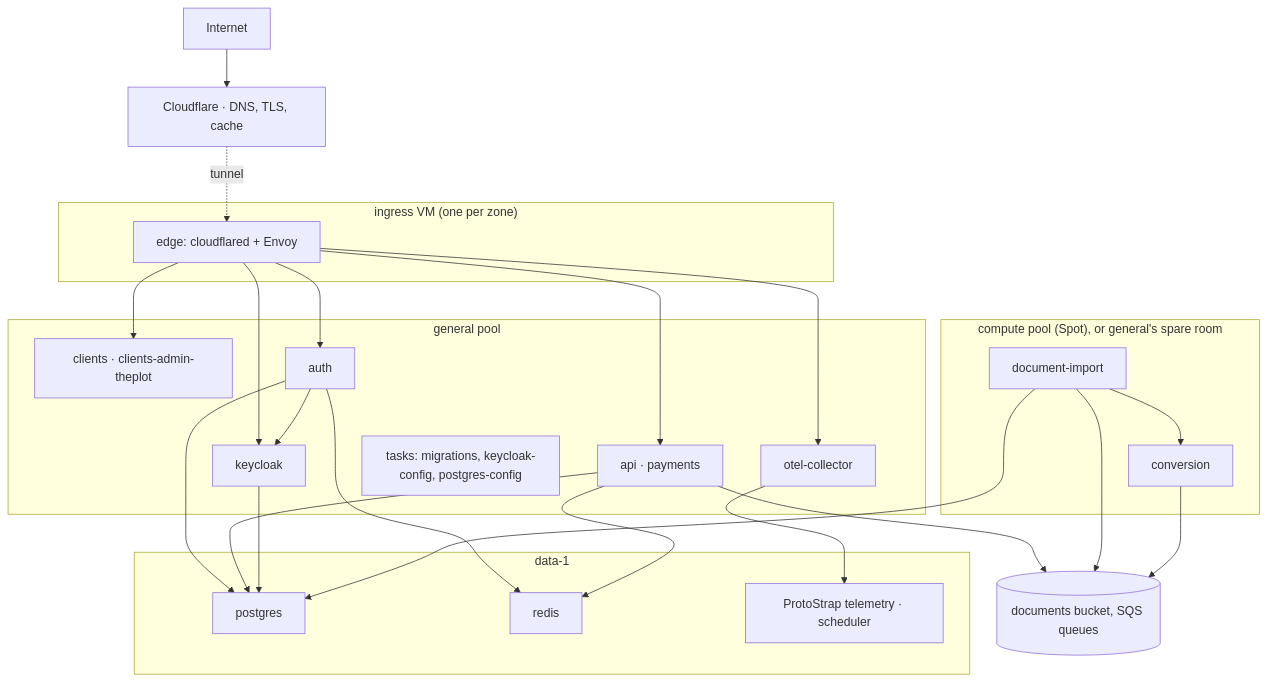
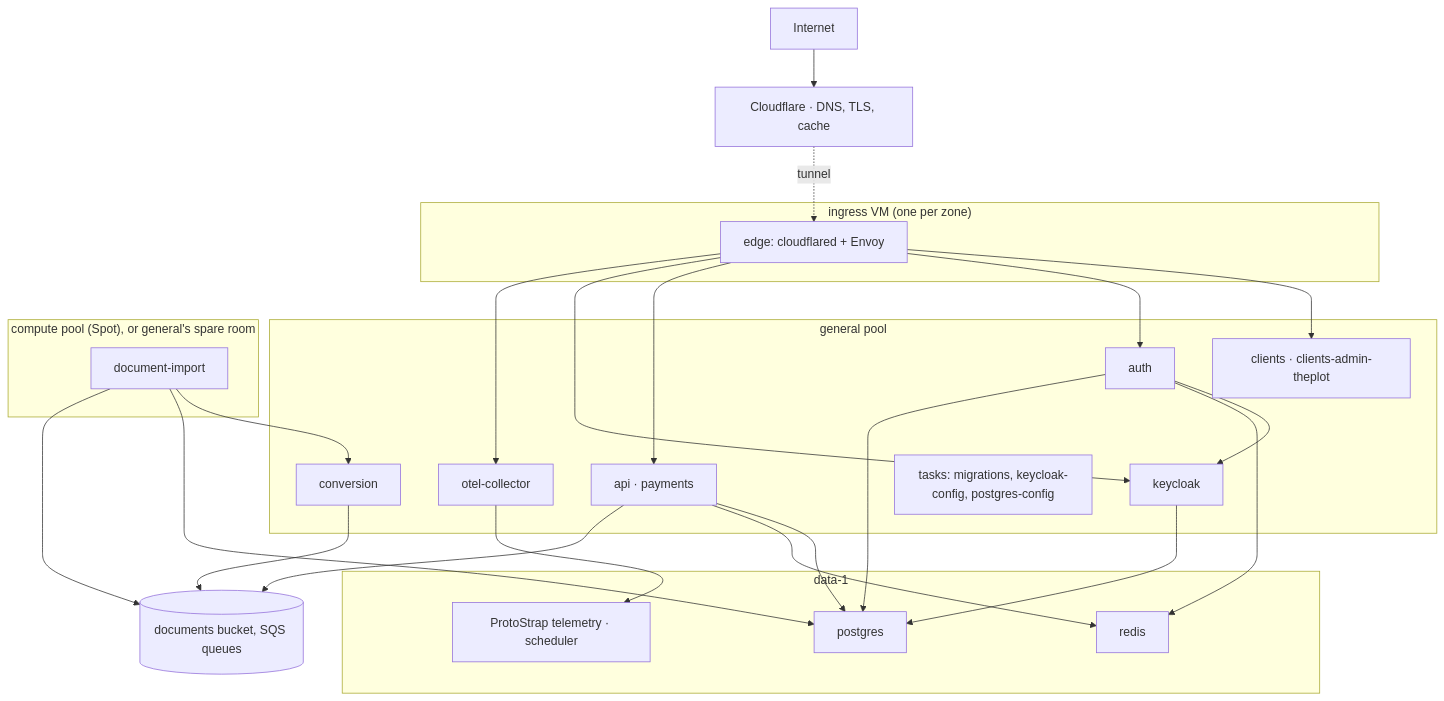
The second of 2 diagrams in docs/01-topology.md (duncan-G/ProtoFast), drawn with Mermaid before and after one commit. The commit also changed other lines of this file and 21 other files, not shown here.

````diff
--- a/docs/01-topology.md
+++ b/docs/01-topology.md
@@ -86,37 +86,37 @@
 ```mermaid
 graph TD
     Internet --> CF["Cloudflare · DNS, TLS, cache"]
     CF -.->|tunnel| Edge
 
     subgraph Ingress["ingress VM (one per zone)"]
         Edge["edge: cloudflared + Envoy"]
     end
 
     subgraph General["general pool"]
         Clients["clients · clients-admin-theplot"]
         AuthG["auth"]
         ApiG["api · payments"]
         KCG["keycloak"]
         OtelG["otel-collector"]
+        ConvG["conversion"]
         Tasks["tasks: migrations, keycloak-config, postgres-config"]
     end
 
     subgraph Compute["compute pool (Spot), or general's spare room"]
-        ConvC["conversion"]
         ImportC["document-import"]
     end
 
     subgraph Data1["data-1"]
         PGD["postgres"]
         RedisD["redis"]
         Tel["ProtoStrap telemetry · scheduler"]
     end
 
     Edge --> Clients & AuthG & ApiG & KCG & OtelG
     AuthG --> KCG & RedisD & PGD
     ApiG --> PGD & RedisD
     KCG --> PGD
-    ImportC --> ConvC & PGD
-    ApiG & ImportC & ConvC --> S3[("documents bucket, SQS queues")]
+    ImportC --> ConvG & PGD
+    ApiG & ImportC & ConvG --> S3[("documents bucket, SQS queues")]
     OtelG --> Tel
 ```
````
